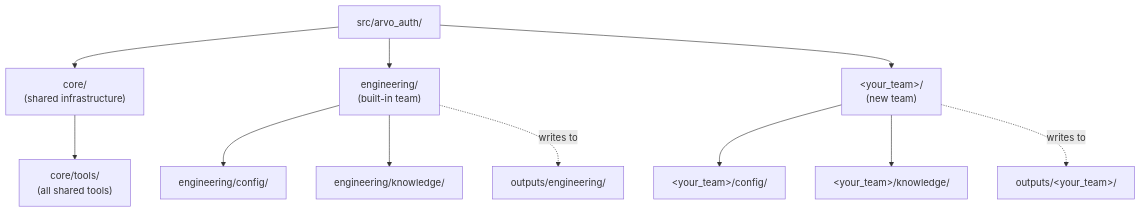
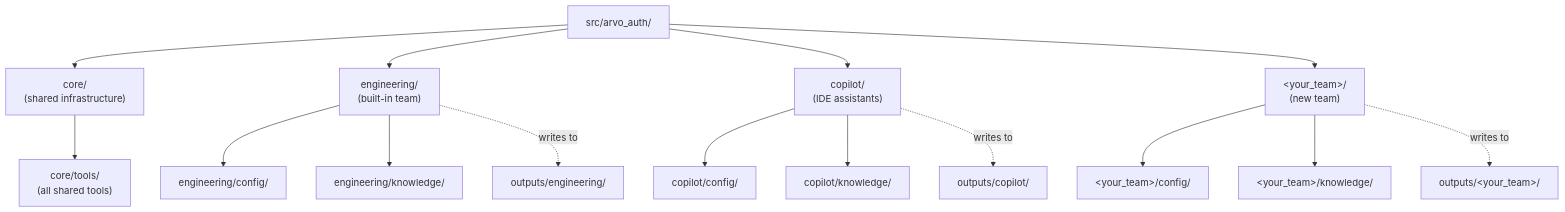
One commit to arvo-health/arvo-crewai changed the second of 2 diagrams in README.md. Above: the diagram before and after it, drawn with Mermaid. The commit also changed other lines of this file and 32 other files, not shown here.

````diff
--- a/README.md
+++ b/README.md
@@ -122,25 +122,33 @@
 ```mermaid
 graph TD
     PKG["src/arvo_auth/"]
     CORE["core/\n(shared infrastructure)"]
     TOOLS["core/tools/\n(all shared tools)"]
     ENG["engineering/\n(built-in team)"]
     ENGC["engineering/config/"]
     ENGK["engineering/knowledge/"]
     ENGO["outputs/engineering/"]
+    COP["copilot/\n(IDE assistants)"]
+    COPC["copilot/config/"]
+    COPK["copilot/knowledge/"]
+    COPO["outputs/copilot/"]
     NEW["&lt;your_team&gt;/\n(new team)"]
     NEWC["&lt;your_team&gt;/config/"]
     NEWK["&lt;your_team&gt;/knowledge/"]
     NEWO["outputs/&lt;your_team&gt;/"]
 
     PKG --> CORE
     CORE --> TOOLS
     PKG --> ENG
     ENG --> ENGC
     ENG --> ENGK
     ENG -.->|"writes to"| ENGO
+    PKG --> COP
+    COP --> COPC
+    COP --> COPK
+    COP -.->|"writes to"| COPO
     PKG --> NEW
     NEW --> NEWC
     NEW --> NEWK
     NEW -.->|"writes to"| NEWO
 ```
````
